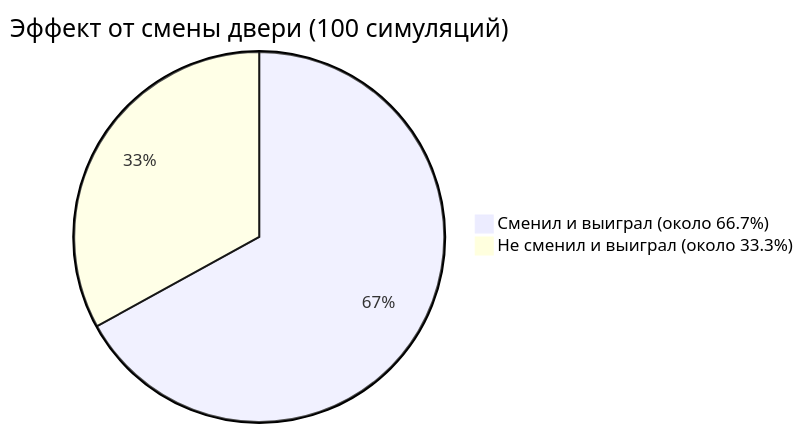
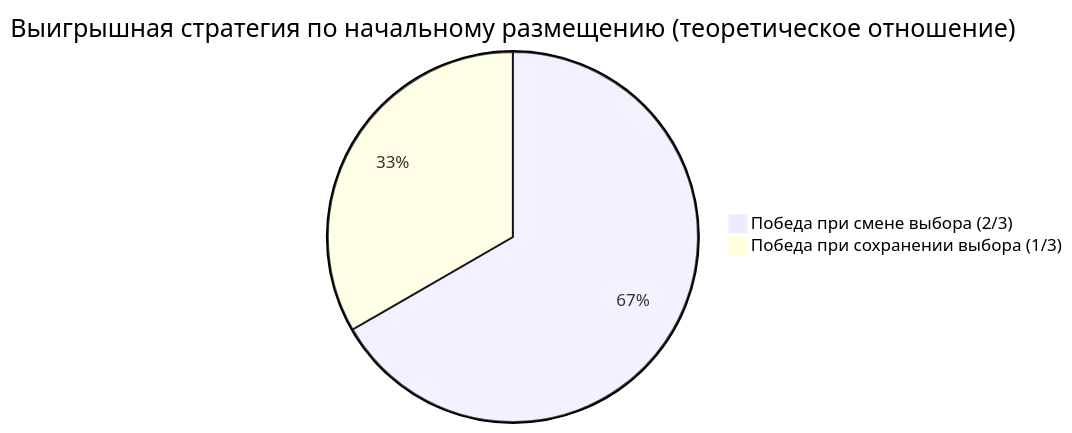
Before and after one commit to kenjinote/blog: the second of 2 diagrams in content/post/モンティ・ホール問題/index.ru.md, drawn with Mermaid. The commit also changed other lines of this file and 8 other files, not shown here.

````diff
--- a/content/post/モンティ・ホール問題/index.ru.md
+++ b/content/post/モンティ・ホール問題/index.ru.md
@@ -161,5 +195,5 @@
 ```mermaid
-pie title Эффект от смены двери (100 симуляций)
-    "Сменил и выиграл (около 66.7%)" : 67
-    "Не сменил и выиграл (около 33.3%)" : 33
+pie title Выигрышная стратегия по начальному размещению (теоретическое отношение)
+    "Победа при смене выбора (2/3)" : 2
+    "Победа при сохранении выбора (1/3)" : 1
 ```
````
